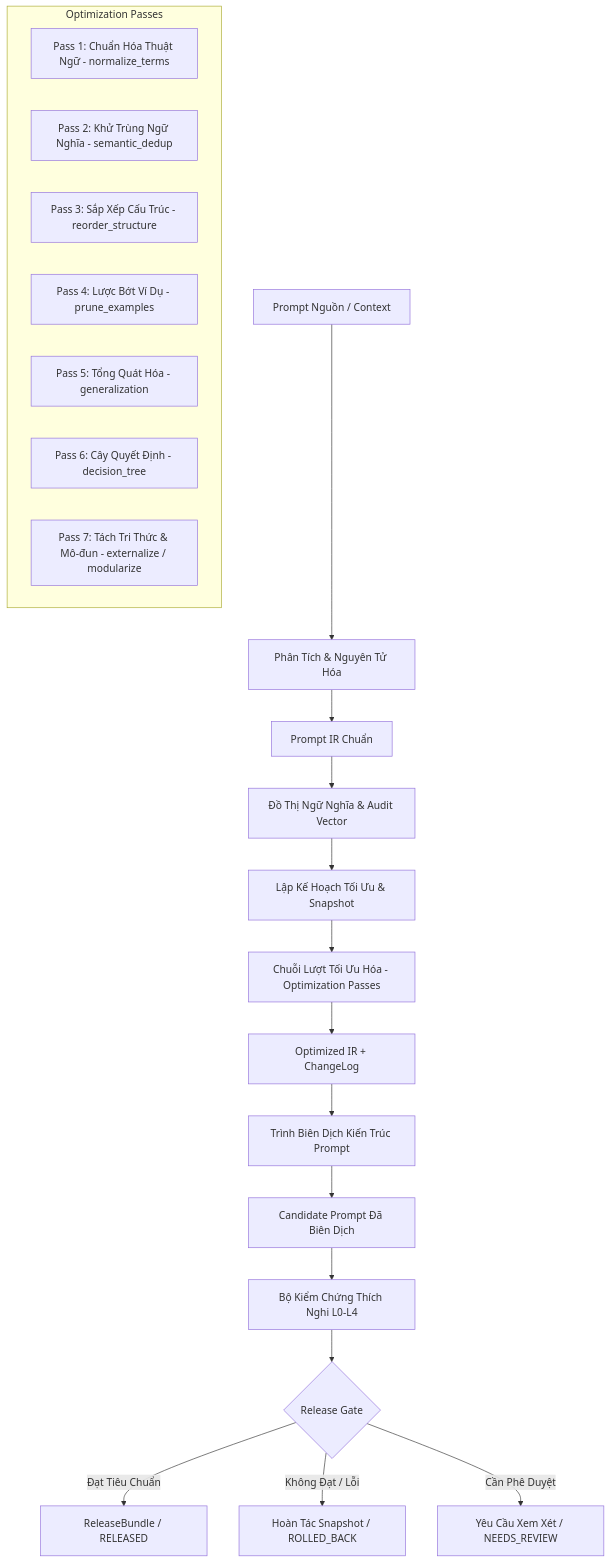
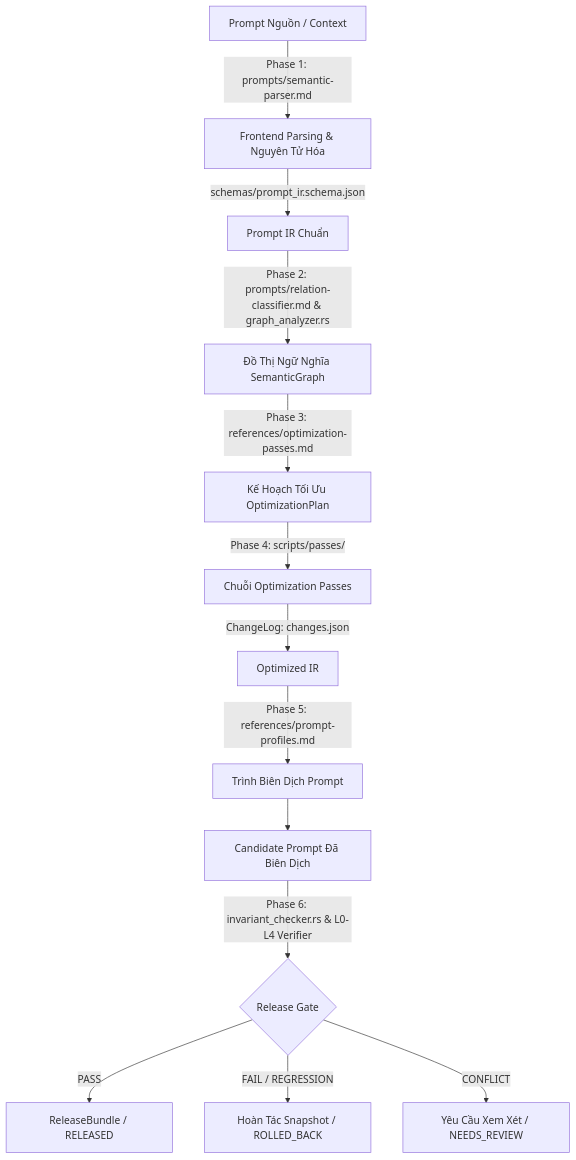
Before and after one commit to datnguyentrung/read_md: the diagram in .agents/skills/prompt-compiler-optimizer/SKILL.md, drawn with Mermaid. The commit also changed other lines of this file and 9 other files, not shown here.

Commit message:
feat: add prompt compiler optimizer skill with IR pipeline and analysis scripts

````diff
--- a/.agents/skills/prompt-compiler-optimizer/SKILL.md
+++ b/.agents/skills/prompt-compiler-optimizer/SKILL.md
@@ -23,25 +39,15 @@
 ```mermaid
 graph TD
-    Raw[Prompt Nguồn / Context] --> Parse[Phân Tích & Nguyên Tử Hóa]
-    Parse --> IR[Prompt IR Chuẩn]
-    IR --> Graph[Đồ Thị Ngữ Nghĩa & Audit Vector]
-    Graph --> Plan[Lập Kế Hoạch Tối Ưu & Snapshot]
-    Plan --> Passes[Chuỗi Lượt Tối Ưu Hóa - Optimization Passes]
-    subgraph Optimization Passes
-        P1[Pass 1: Chuẩn Hóa Thuật Ngữ - normalize_terms]
-        P2[Pass 2: Khử Trùng Ngữ Nghĩa - semantic_dedup]
-        P3[Pass 3: Sắp Xếp Cấu Trúc - reorder_structure]
-        P4[Pass 4: Lược Bớt Ví Dụ - prune_examples]
-        P5[Pass 5: Tổng Quát Hóa - generalization]
-        P6[Pass 6: Cây Quyết Định - decision_tree]
-        P7[Pass 7: Tách Tri Thức & Mô-đun - externalize / modularize]
-    end
-    Passes --> OptIR[Optimized IR + ChangeLog]
-    OptIR --> Compiler[Trình Biên Dịch Kiến Trúc Prompt]
+    Raw[Prompt Nguồn / Context] -->|Phase 1: prompts/semantic-parser.md| Parse[Frontend Parsing & Nguyên Tử Hóa]
+    Parse -->|schemas/prompt_ir.schema.json| IR[Prompt IR Chuẩn]
+    IR -->|Phase 2: prompts/relation-classifier.md & graph_analyzer.rs| Graph[Đồ Thị Ngữ Nghĩa SemanticGraph]
+    Graph -->|Phase 3: references/optimization-passes.md| Plan[Kế Hoạch Tối Ưu OptimizationPlan]
+    Plan -->|Phase 4: scripts/passes/| Passes[Chuỗi Optimization Passes]
+    Passes -->|ChangeLog: changes.json| OptIR[Optimized IR]
+    OptIR -->|Phase 5: references/prompt-profiles.md| Compiler[Trình Biên Dịch Prompt]
     Compiler --> Candidate[Candidate Prompt Đã Biên Dịch]
-    Candidate --> Verifier[Bộ Kiểm Chứng Thích Nghi L0-L4]
-    Verifier --> Gate{Release Gate}
-    Gate -- Đạt Tiêu Chuẩn --> Release[ReleaseBundle / RELEASED]
-    Gate -- Không Đạt / Lỗi --> Rollback[Hoàn Tác Snapshot / ROLLED_BACK]
-    Gate -- Cần Phê Duyệt --> Review[Yêu Cầu Xem Xét / NEEDS_REVIEW]
+    Candidate -->|Phase 6: invariant_checker.rs & L0-L4 Verifier| Gate{Release Gate}
+    Gate -- PASS --> Release[ReleaseBundle / RELEASED]
+    Gate -- FAIL / REGRESSION --> Rollback[Hoàn Tác Snapshot / ROLLED_BACK]
+    Gate -- CONFLICT --> Review[Yêu Cầu Xem Xét / NEEDS_REVIEW]
 ```
````
